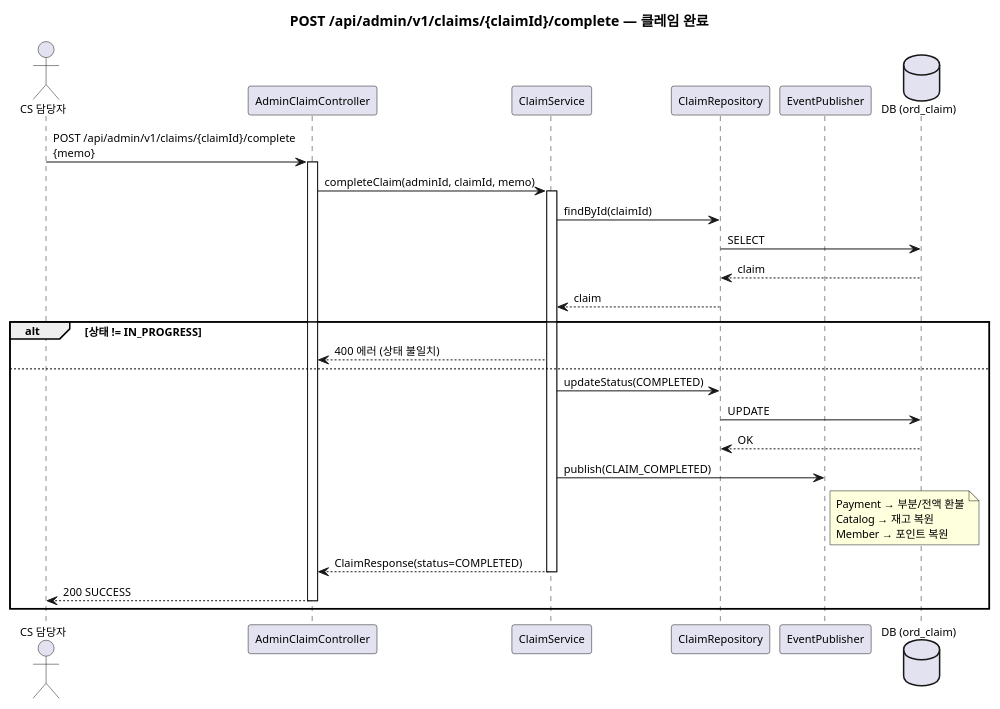
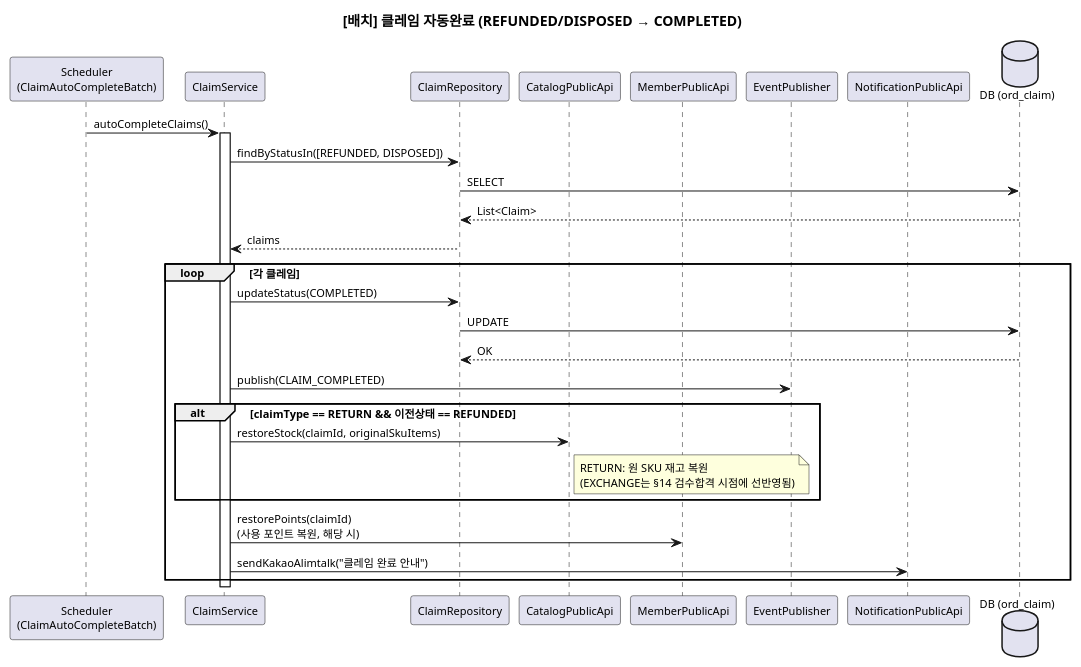
The tenth of 21 diagrams in docs/자산화-단계별/S3-상세설계/16-시퀀스(Order-Payment).md (parknahyun/runNShop), drawn with PlantUML before and after one commit. The commit also changed other lines of this file and 18 other files, not shown here.

````diff
--- a/docs/자산화-단계별/S3-상세설계/16-시퀀스(Order-Payment).md
+++ b/docs/자산화-단계별/S3-상세설계/16-시퀀스(Order-Payment).md
@@ -482,46 +494,42 @@
 ```plantuml
 @startuml
 skinparam backgroundColor transparent
 skinparam defaultFontSize 11
-title POST /api/admin/v1/claims/{claimId}/complete — 클레임 완료
+title [배치] 클레임 자동완료 (REFUNDED/DISPOSED → COMPLETED)
 
-actor "CS 담당자" as Admin
-participant "AdminClaimController" as ACC
+participant "Scheduler\n(ClaimAutoCompleteBatch)" as Batch
 participant "ClaimService" as CS
 participant "ClaimRepository" as CR
+participant "CatalogPublicApi" as CAT
+participant "MemberPublicApi" as MEM
 participant "EventPublisher" as EP
+participant "NotificationPublicApi" as Noti
 database "DB (ord_claim)" as DB
 
-Admin -> ACC : POST /api/admin/v1/claims/{claimId}/complete\n{memo}
-activate ACC
-
-ACC -> CS : completeClaim(adminId, claimId, memo)
+Batch -> CS : autoCompleteClaims()
 activate CS
 
-CS -> CR : findById(claimId)
+CS -> CR : findByStatusIn([REFUNDED, DISPOSED])
 CR -> DB : SELECT
-DB --> CR : claim
-CR --> CS : claim
+DB --> CR : List<Claim>
+CR --> CS : claims
 
-alt 상태 != IN_PROGRESS
-  CS --> ACC : 400 에러 (상태 불일치)
-else
+loop 각 클레임
   CS -> CR : updateStatus(COMPLETED)
   CR -> DB : UPDATE
   DB --> CR : OK
 
   CS -> EP : publish(CLAIM_COMPLETED)
-  note right of EP
-    Payment → 부분/전액 환불
-    Catalog → 재고 복원
-    Member → 포인트 복원
-  end note
 
-  CS --> ACC : ClaimResponse(status=COMPLETED)
-  deactivate CS
-  ACC --> Admin : 200 SUCCESS
-  deactivate ACC
+  alt claimType == RETURN && 이전상태 == REFUNDED
+    CS -> CAT : restoreStock(claimId, originalSkuItems)
+    note right of CAT: RETURN: 원 SKU 재고 복원\n(EXCHANGE는 §14 검수합격 시점에 선반영됨)
+  end
+  CS -> MEM : restorePoints(claimId)\n(사용 포인트 복원, 해당 시)
+
+  CS -> Noti : sendKakaoAlimtalk("클레임 완료 안내")
 end
 
+deactivate CS
 @enduml
 ```
````
